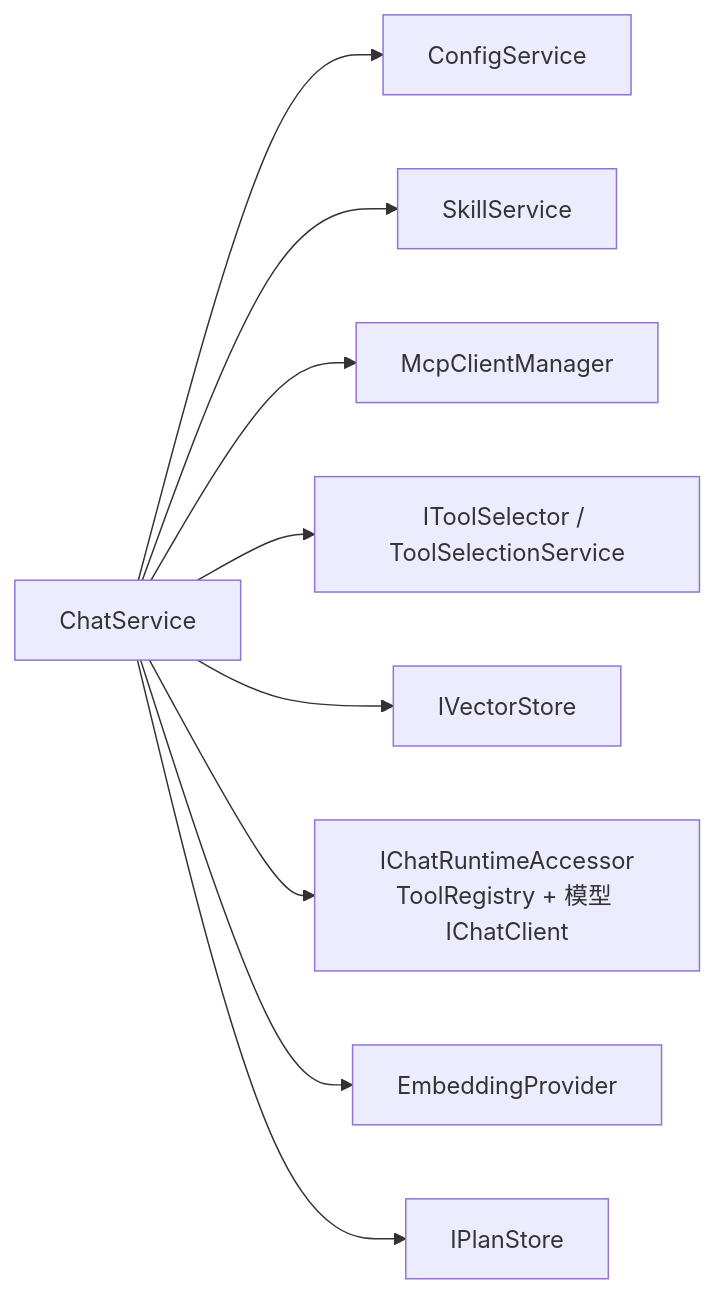
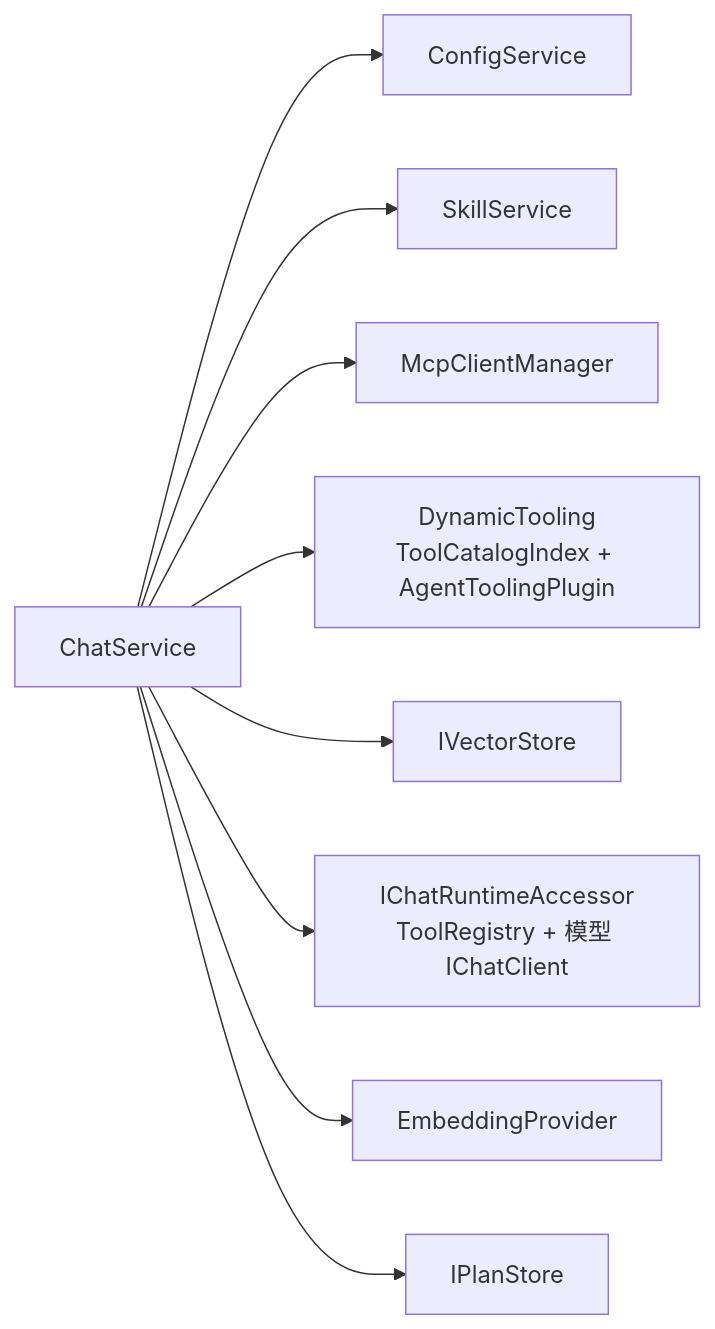
The fourth of 10 diagrams in docs/architecture-dimensions.md (torsilver/OpenWorkmate), drawn with Mermaid before and after one commit. The commit also changed other lines of this file and 85 other files, not shown here.

First line of the commit message:
snapshot: dynamic tooling, remove tool grounding retry

````diff
--- a/docs/architecture-dimensions.md
+++ b/docs/architecture-dimensions.md
@@ -116,13 +116,13 @@
 ```mermaid
 flowchart LR
   CS["ChatService"]
 
   CS --> CFG["ConfigService"]
   CS --> SKL["SkillService"]
   CS --> MCP["McpClientManager"]
-  CS --> TS["IToolSelector / ToolSelectionService"]
+  CS --> DT["DynamicTooling<br/>ToolCatalogIndex + AgentToolingPlugin"]
   CS --> VS["IVectorStore"]
   CS --> CRA["IChatRuntimeAccessor<br/>ToolRegistry + 模型 IChatClient"]
   CS --> EP["EmbeddingProvider"]
   CS --> PS["IPlanStore"]
 ```
````
